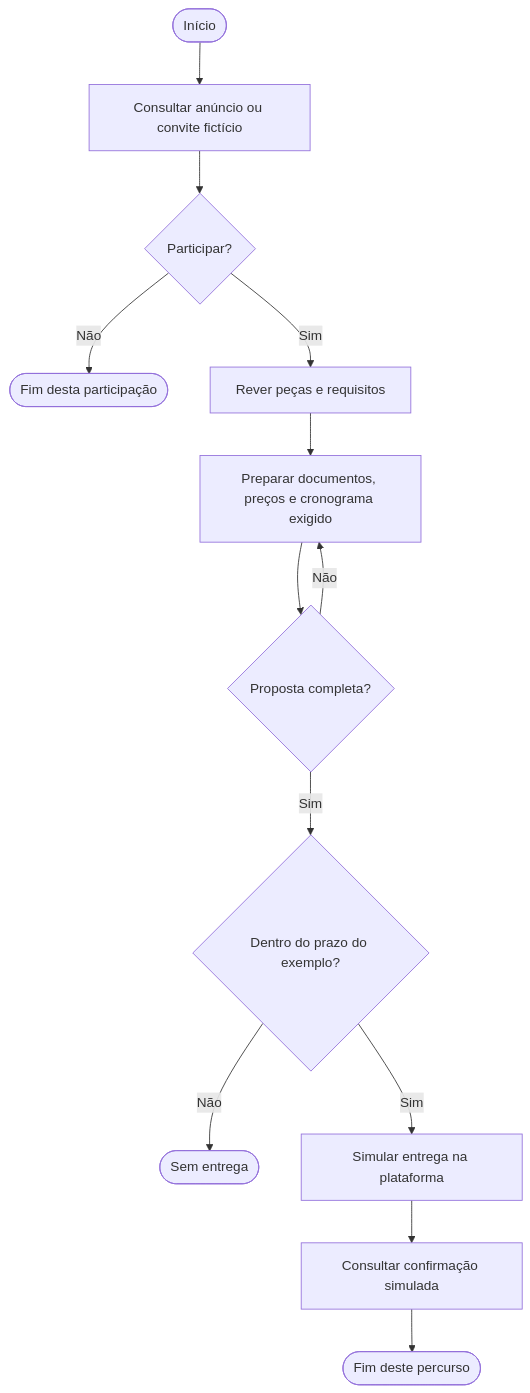
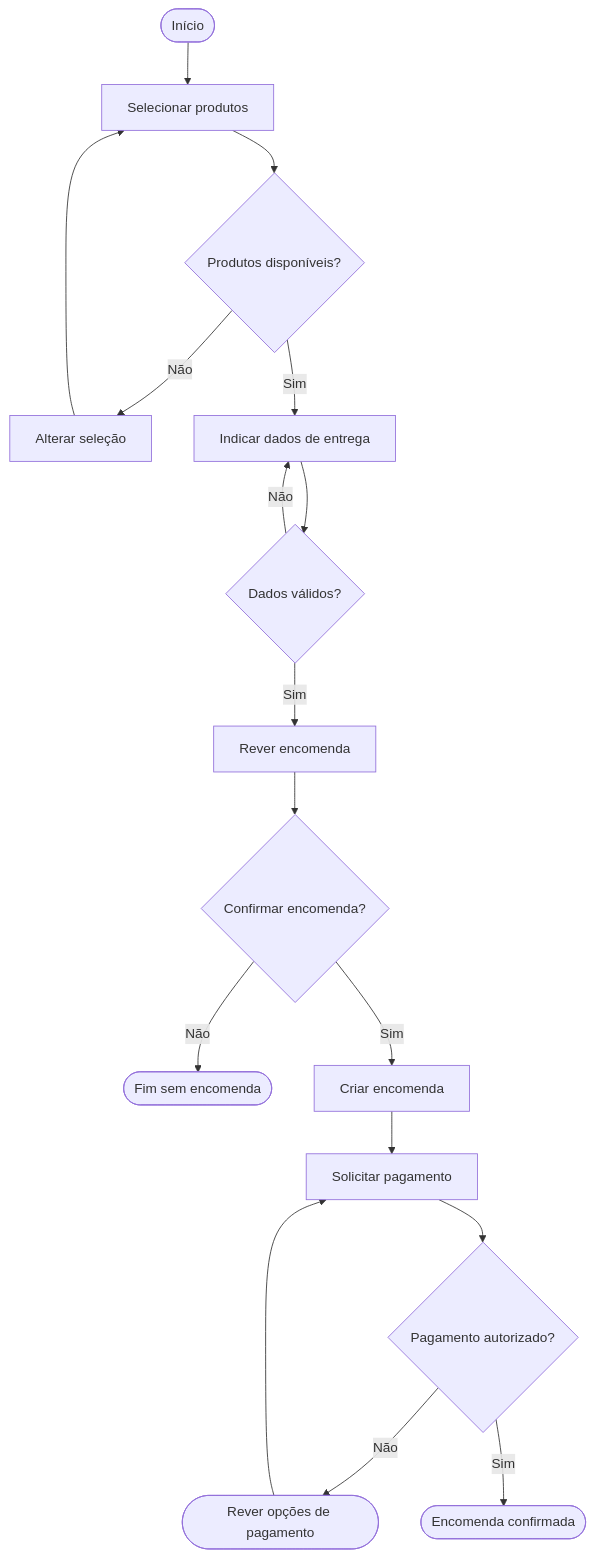
The diagram in context/formats/workflow-flows.md (prumod/cairn-web), drawn with Mermaid before and after one commit. The commit also changed other lines of this file and 5 other files, not shown here.

````diff
--- a/context/formats/workflow-flows.md
+++ b/context/formats/workflow-flows.md
@@ -24,16 +24,20 @@
 ```mermaid
 flowchart TD
     START(["Início"])
-    START --> A["Consultar anúncio ou convite fictício"]
-    A --> B{"Participar?"}
-    B -- Não --> RECUSA(["Fim desta participação"])
-    B -- Sim --> C["Rever peças e requisitos"]
-    C --> D["Preparar documentos, preços e cronograma exigido"]
-    D --> E{"Proposta completa?"}
+    START --> A["Selecionar produtos"]
+    A --> B{"Produtos disponíveis?"}
+    B -- Não --> C["Alterar seleção"]
+    C --> A
+    B -- Sim --> D["Indicar dados de entrega"]
+    D --> E{"Dados válidos?"}
     E -- Não --> D
-    E -- Sim --> F{"Dentro do prazo do exemplo?"}
-    F -- Não --> EXPIRADA(["Sem entrega"])
-    F -- Sim --> G["Simular entrega na plataforma"]
-    G --> H["Consultar confirmação simulada"]
-    H --> END(["Fim deste percurso"])
+    E -- Sim --> F["Rever encomenda"]
+    F --> G{"Confirmar encomenda?"}
+    G -- Não --> CANCEL(["Fim sem encomenda"])
+    G -- Sim --> H["Criar encomenda"]
+    H --> I["Solicitar pagamento"]
+    I --> J{"Pagamento autorizado?"}
+    J -- Não --> RETRY(["Rever opções de pagamento"])
+    RETRY --> I
+    J -- Sim --> END(["Encomenda confirmada"])
 ```
````
